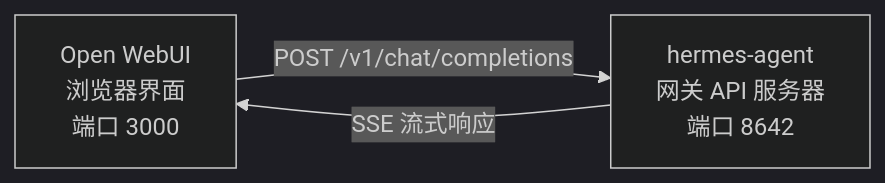
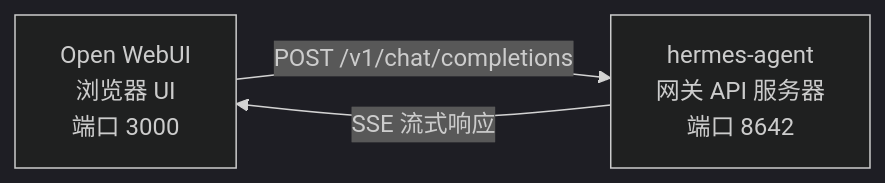
Before and after one commit to renxia/hermes-agent-docs: the diagram in i18n/zh-CN/docusaurus-plugin-content-docs/current/user-guide/messaging/open-webui.md, drawn with Mermaid (dark theme). The commit also changed other lines of this file and 402 other files, not shown here.

````diff
--- a/i18n/zh-CN/docusaurus-plugin-content-docs/current/user-guide/messaging/open-webui.md
+++ b/i18n/zh-CN/docusaurus-plugin-content-docs/current/user-guide/messaging/open-webui.md
@@ -13,7 +13,7 @@
 ```mermaid
 flowchart LR
-    A["Open WebUI<br/>浏览器界面<br/>端口 3000"]
+    A["Open WebUI<br/>浏览器 UI<br/>端口 3000"]
     B["hermes-agent<br/>网关 API 服务器<br/>端口 8642"]
     A -->|POST /v1/chat/completions| B
     B -->|SSE 流式响应| A
 ```
````
